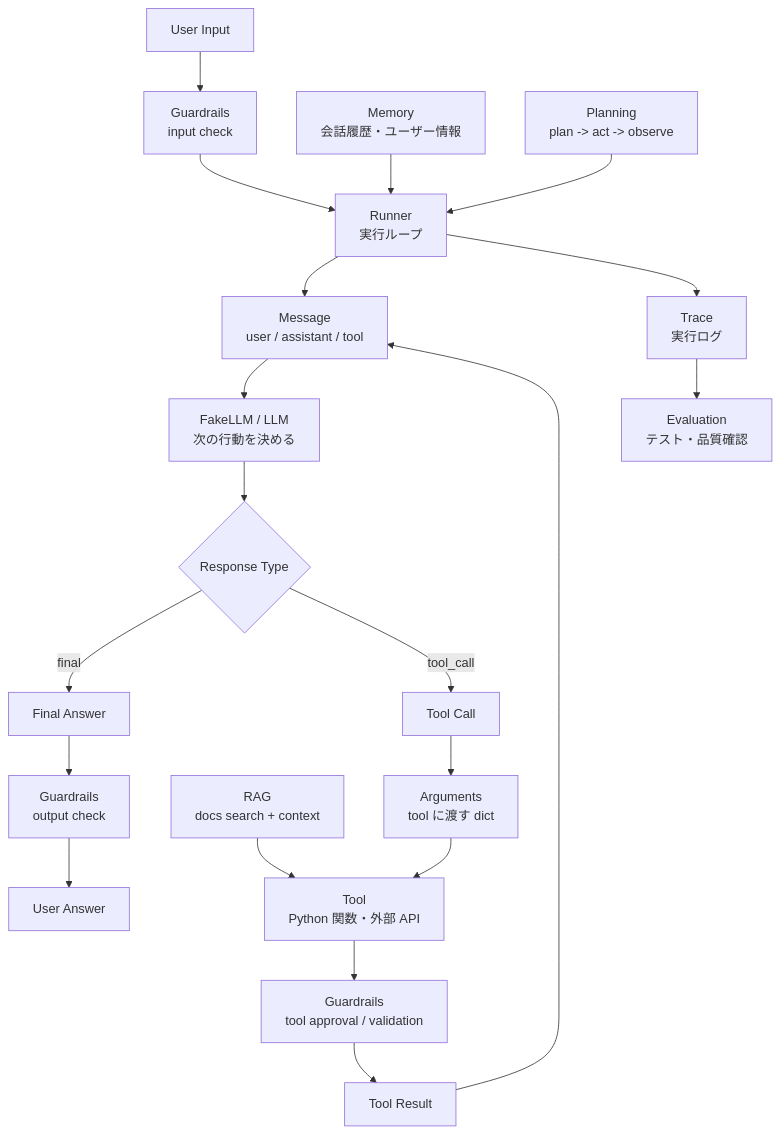
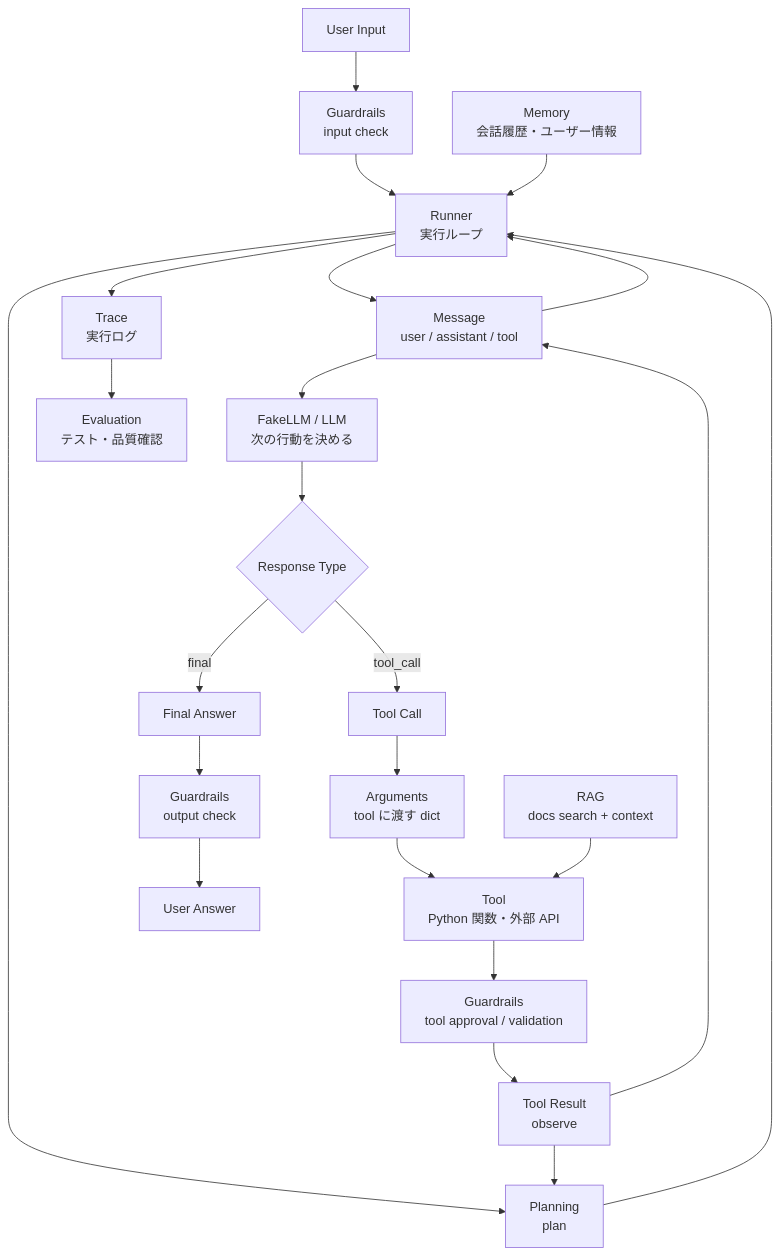
One commit to kazukiminemura/ai_agent_drill changed the diagram in Readme.md. Above: the diagram before and after it, drawn with Mermaid.

````diff
--- a/Readme.md
+++ b/Readme.md
@@ -62,27 +62,31 @@
 ```mermaid
 flowchart TD
     User[User Input] --> InputGuardrails[Guardrails<br/>input check]
     InputGuardrails --> Runner[Runner<br/>実行ループ]
 
     Memory[Memory<br/>会話履歴・ユーザー情報] --> Runner
     Runner --> Messages[Message<br/>user / assistant / tool]
     Messages --> FakeLLM[FakeLLM / LLM<br/>次の行動を決める]
 
     FakeLLM --> Response{Response Type}
     Response -->|final| Final[Final Answer]
     Response -->|tool_call| ToolCall[Tool Call]
 
     ToolCall --> Args[Arguments<br/>tool に渡す dict]
     Args --> Tool[Tool<br/>Python 関数・外部 API]
     Tool --> ToolGuardrails[Guardrails<br/>tool approval / validation]
-    ToolGuardrails --> ToolResult[Tool Result]
+    ToolGuardrails --> ToolResult[Tool Result<br/>observe]
     ToolResult --> Messages
+    Messages --> Runner
 
     RAG[RAG<br/>docs search + context] --> Tool
-    Planning[Planning<br/>plan -> act -> observe] --> Runner
+    Planning[Planning<br/>plan]
+    Runner --> Planning
+    Planning --> Runner
+    ToolResult --> Planning
 
     Runner --> Trace[Trace<br/>実行ログ]
     Trace --> Evaluation[Evaluation<br/>テスト・品質確認]
     Final --> OutputGuardrails[Guardrails<br/>output check]
     OutputGuardrails --> UserAnswer[User Answer]
 ```
````
